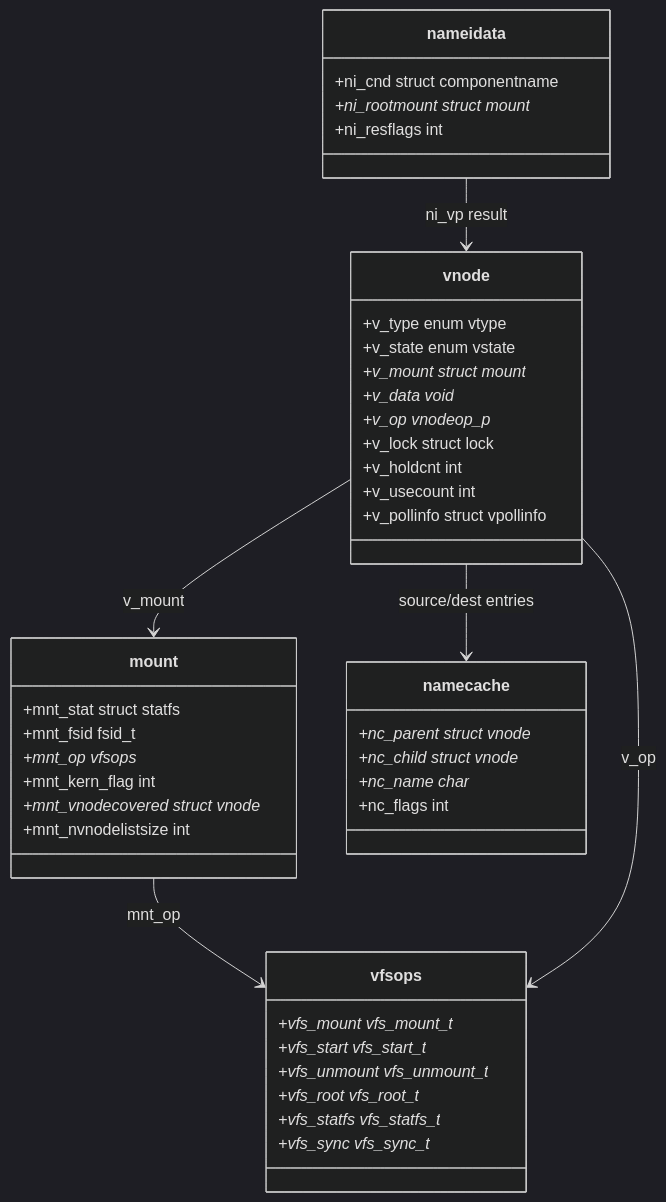
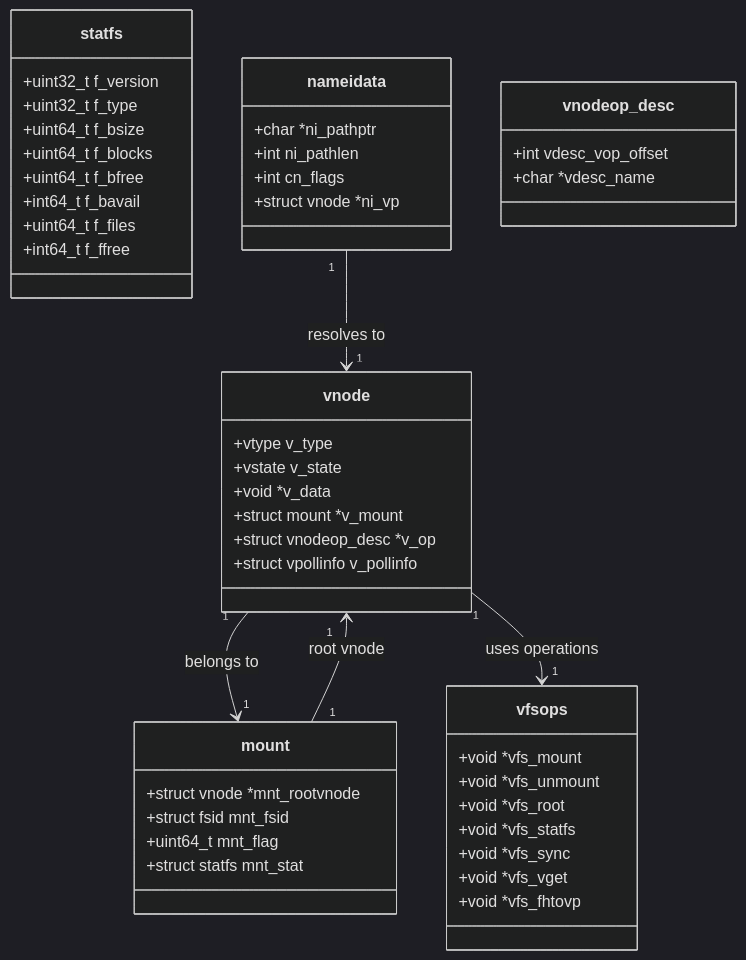
The diagram in sys/fs/README.md (ocochard/freebsd-src), drawn with Mermaid (dark theme) before and after one commit. The commit also changed other lines of this file and 25 other files, not shown here.

````diff
--- a/sys/fs/README.md
+++ b/sys/fs/README.md
@@ -240,46 +262,50 @@
 ```mermaid
 classDiagram
     class vnode {
-        +v_type enum vtype
-        +v_state enum vstate
-        +v_mount struct mount*
-        +v_data void*
-        +v_op vnodeop_p*
-        +v_lock struct lock
-        +v_holdcnt int
-        +v_usecount int
-        +v_pollinfo struct vpollinfo
+        +vtype v_type
+        +vstate v_state
+        +void *v_data
+        +struct mount *v_mount
+        +struct vnodeop_desc *v_op
+        +struct vpollinfo v_pollinfo
     }
     class mount {
-        +mnt_stat struct statfs
-        +mnt_fsid fsid_t
-        +mnt_op vfsops*
-        +mnt_kern_flag int
-        +mnt_vnodecovered struct vnode*
-        +mnt_nvnodelistsize int
+        +struct vnode *mnt_rootvnode
+        +struct fsid mnt_fsid
+        +uint64_t mnt_flag
+        +struct statfs mnt_stat
     }
-    class namecache {
-        +nc_parent struct vnode*
-        +nc_child struct vnode*
-        +nc_name char*
-        +nc_flags int
+    class statfs {
+        +uint32_t f_version
+        +uint32_t f_type
+        +uint64_t f_bsize
+        +uint64_t f_blocks
+        +uint64_t f_bfree
+        +int64_t f_bavail
+        +uint64_t f_files
+        +int64_t f_ffree
+    }
+    class vfsops {
+        +void *vfs_mount
+        +void *vfs_unmount
+        +void *vfs_root
+        +void *vfs_statfs
+        +void *vfs_sync
+        +void *vfs_vget
+        +void *vfs_fhtovp
     }
     class nameidata {
-        +ni_cnd struct componentname
-        +ni_rootmount struct mount*
-        +ni_resflags int
+        +char *ni_pathptr
+        +int ni_pathlen
+        +int cn_flags
+        +struct vnode *ni_vp
     }
-    class vfsops {
-        +vfs_mount vfs_mount_t*
-        +vfs_start vfs_start_t*
-        +vfs_unmount vfs_unmount_t*
-        +vfs_root vfs_root_t*
-        +vfs_statfs vfs_statfs_t*
-        +vfs_sync vfs_sync_t*
+    class vnodeop_desc {
+        +int vdesc_vop_offset
+        +char *vdesc_name
     }
-    vnode --> mount : v_mount
-    vnode --> namecache : source/dest entries
-    nameidata --> vnode : ni_vp result
-    mount --> vfsops : mnt_op
-    vnode --> vfsops : v_op
+    vnode "1" --> "1" mount : belongs to
+    vnode "1" --> "1" vfsops : uses operations
+    mount "1" --> "1" vnode : root vnode
+    nameidata "1" --> "1" vnode : resolves to
 ```
````
